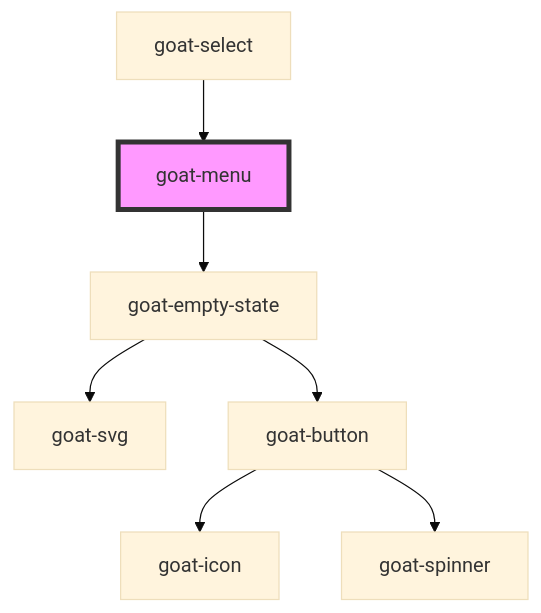
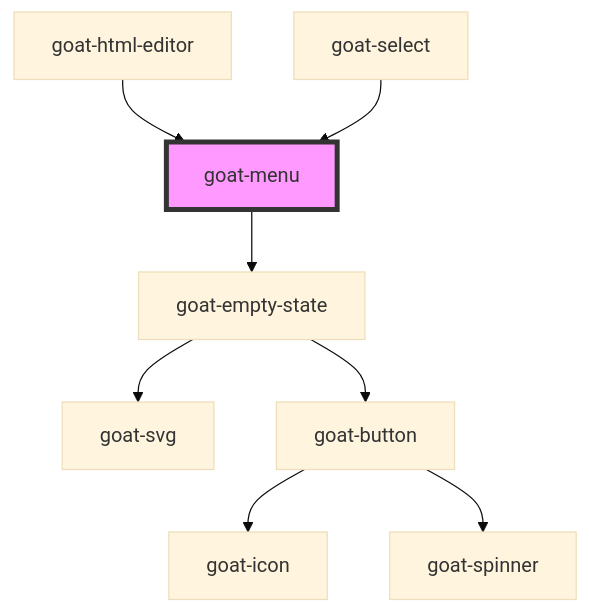
The diagram in src/components/menu/menu/readme.md (goatui/components), drawn with Mermaid (base theme) before and after one commit. The commit also changed other lines of this file and 33 other files, not shown here.

First line of the commit message:
59 html editor (#67)

````diff
--- a/src/components/menu/menu/readme.md
+++ b/src/components/menu/menu/readme.md
@@ -46,10 +47,11 @@
 ```mermaid
 graph TD;
   goat-menu --> goat-empty-state
   goat-empty-state --> goat-svg
   goat-empty-state --> goat-button
   goat-button --> goat-icon
   goat-button --> goat-spinner
+  goat-html-editor --> goat-menu
   goat-select --> goat-menu
   style goat-menu fill:#f9f,stroke:#333,stroke-width:4px
 ```
````
